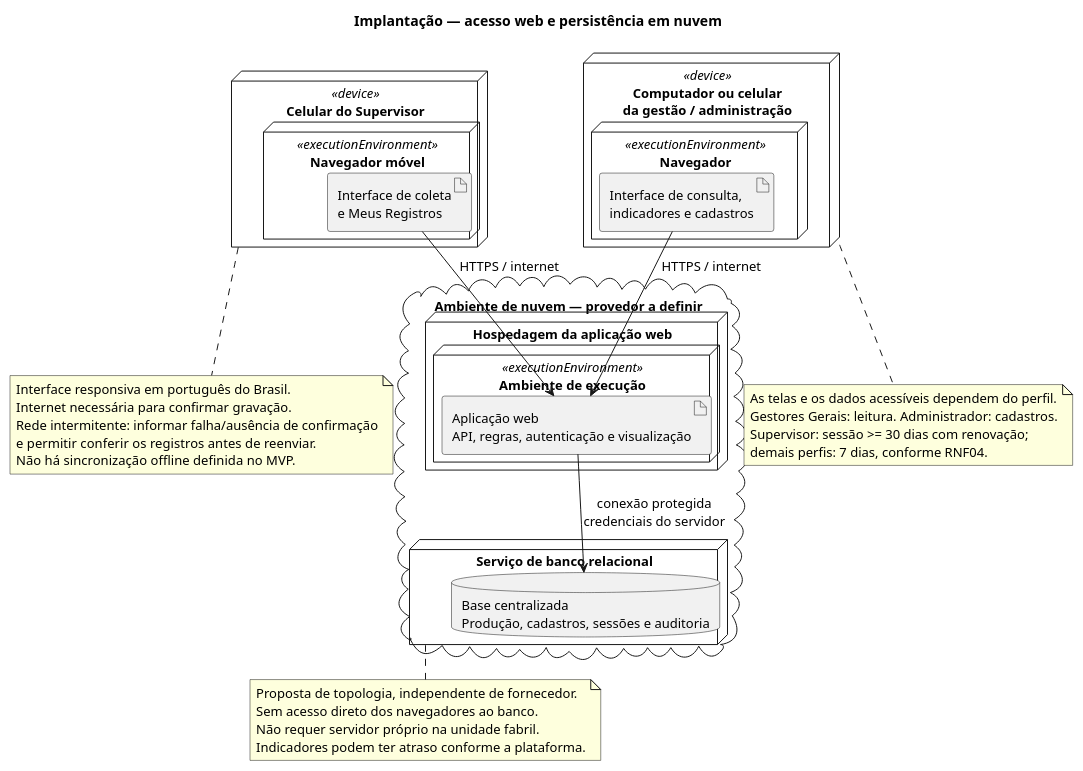
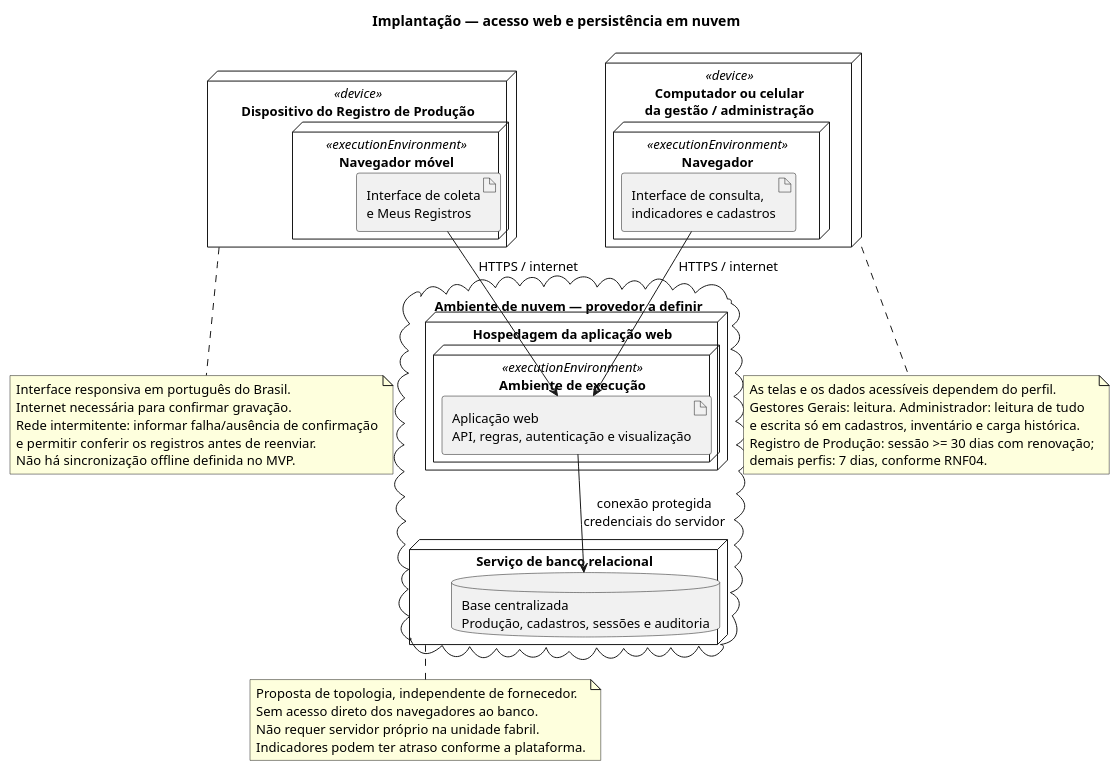
The diagram in docs/uml/10_implantacao.puml (emilynerys/Projeto-Cer-mica-SOCRE), drawn with PlantUML before and after one commit. The commit also changed 21 other files, not shown here.

First line of the commit message:
Revisa os diagramas UML com o levantamento de outubro/2026

```diff
--- a/docs/uml/10_implantacao.puml
+++ b/docs/uml/10_implantacao.puml
@@ -1,54 +1,55 @@
 @startuml
 !pragma layout smetana
 skinparam shadowing false
 skinparam defaultFontName Arial
 skinparam defaultFontSize 13
 title Implantação — acesso web e persistência em nuvem
 
-node "Celular do Supervisor" as Celular <<device>> {
-  node "Navegador móvel" as BrowserSupervisor <<executionEnvironment>> {
+node "Dispositivo do Registro de Produção" as Celular <<device>> {
+  node "Navegador móvel" as BrowserRegistro <<executionEnvironment>> {
     artifact "Interface de coleta\ne Meus Registros" as Coleta
   }
 }
 
 node "Computador ou celular\nda gestão / administração" as Computador <<device>> {
   node "Navegador" as BrowserGestao <<executionEnvironment>> {
     artifact "Interface de consulta,\nindicadores e cadastros" as Gestao
   }
 }
 
 cloud "Ambiente de nuvem — provedor a definir" {
   node "Hospedagem da aplicação web" as HostApp {
     node "Ambiente de execução" as Runtime <<executionEnvironment>> {
       artifact "Aplicação web\nAPI, regras, autenticação e visualização" as App
     }
   }
   node "Serviço de banco relacional" as HostBD {
     database "Base centralizada\nProdução, cadastros, sessões e auditoria" as BD
   }
 }
 
 Coleta --> App : HTTPS / internet
 Gestao --> App : HTTPS / internet
 App --> BD : conexão protegida\ncredenciais do servidor
 
 note bottom of Celular
   Interface responsiva em português do Brasil.
   Internet necessária para confirmar gravação.
   Rede intermitente: informar falha/ausência de confirmação
   e permitir conferir os registros antes de reenviar.
   Não há sincronização offline definida no MVP.
 end note
 note bottom of Computador
   As telas e os dados acessíveis dependem do perfil.
-  Gestores Gerais: leitura. Administrador: cadastros.
-  Supervisor: sessão >= 30 dias com renovação;
+  Gestores Gerais: leitura. Administrador: leitura de tudo
+  e escrita só em cadastros, inventário e carga histórica.
+  Registro de Produção: sessão >= 30 dias com renovação;
   demais perfis: 7 dias, conforme RNF04.
 end note
 note bottom of HostBD
   Proposta de topologia, independente de fornecedor.
   Sem acesso direto dos navegadores ao banco.
   Não requer servidor próprio na unidade fabril.
   Indicadores podem ter atraso conforme a plataforma.
 end note
 @enduml
```
